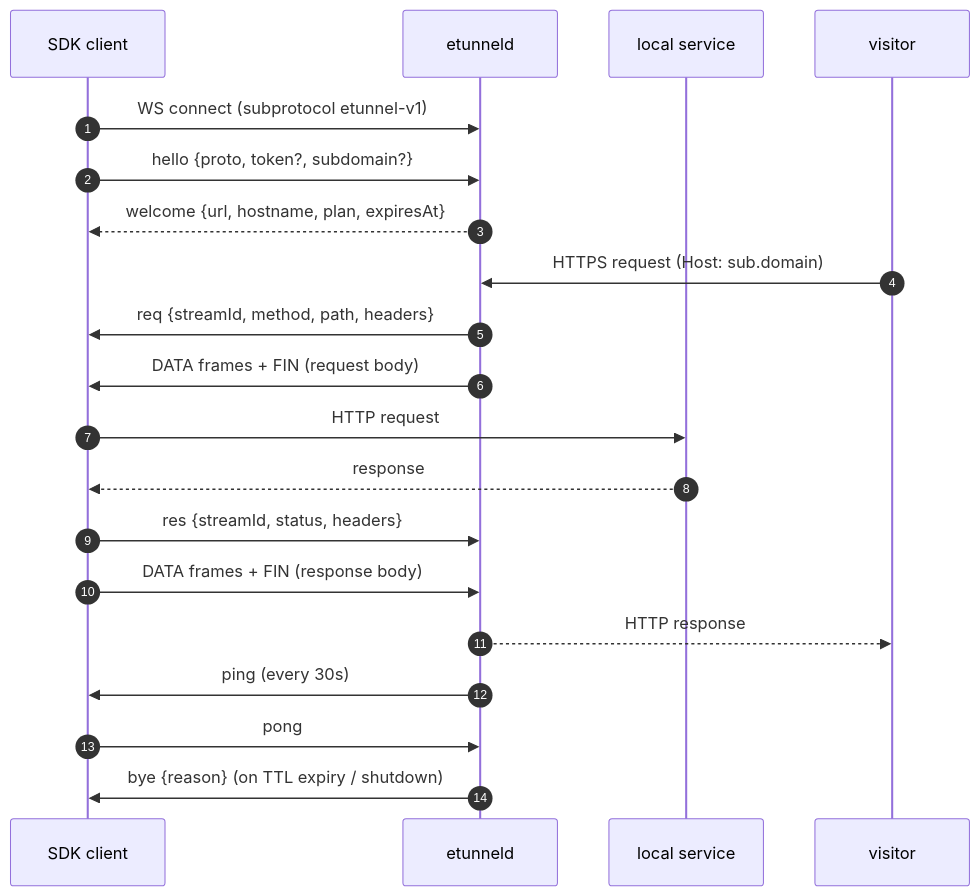
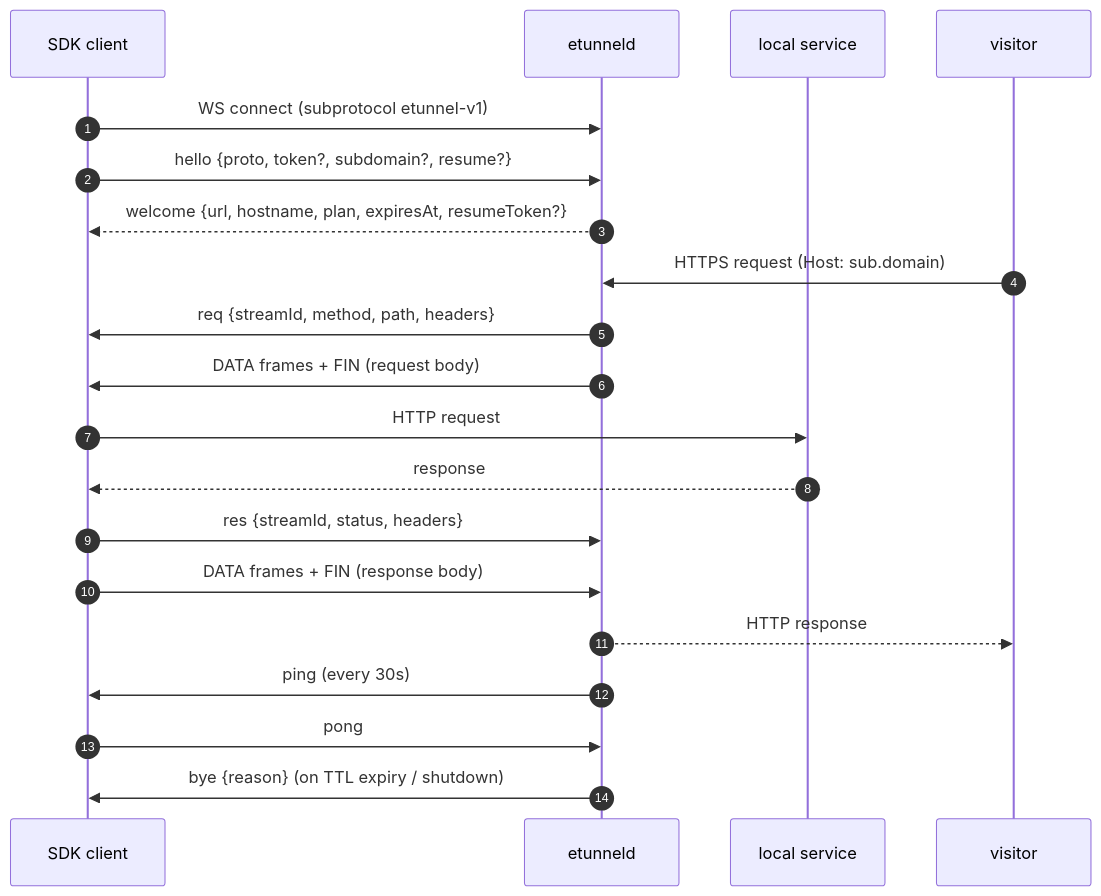
Before and after one commit to topcheer/etunnel: the first of 2 diagrams in PROTOCOL.md, drawn with Mermaid. The commit also changed other lines of this file, not shown here.

Commit message:
docs(protocol): document Hello.resume / Welcome.resumeToken and the SESSION_SECRET requirement

````diff
--- a/PROTOCOL.md
+++ b/PROTOCOL.md
@@ -12,25 +12,25 @@
 ```mermaid
 sequenceDiagram
     autonumber
     participant S as SDK client
     participant E as etunneld
     participant L as local service
     participant V as visitor
 
     S->>E: WS connect (subprotocol etunnel-v1)
-    S->>E: hello {proto, token?, subdomain?}
-    E-->>S: welcome {url, hostname, plan, expiresAt}
+    S->>E: hello {proto, token?, subdomain?, resume?}
+    E-->>S: welcome {url, hostname, plan, expiresAt, resumeToken?}
 
     V->>E: HTTPS request (Host: sub.domain)
     E->>S: req {streamId, method, path, headers}
     E->>S: DATA frames + FIN (request body)
     S->>L: HTTP request
     L-->>S: response
     S->>E: res {streamId, status, headers}
     S->>E: DATA frames + FIN (response body)
     E-->>V: HTTP response
 
     E->>S: ping (every 30s)
     S->>E: pong
     E->>S: bye {reason} (on TTL expiry / shutdown)
 ```
````
